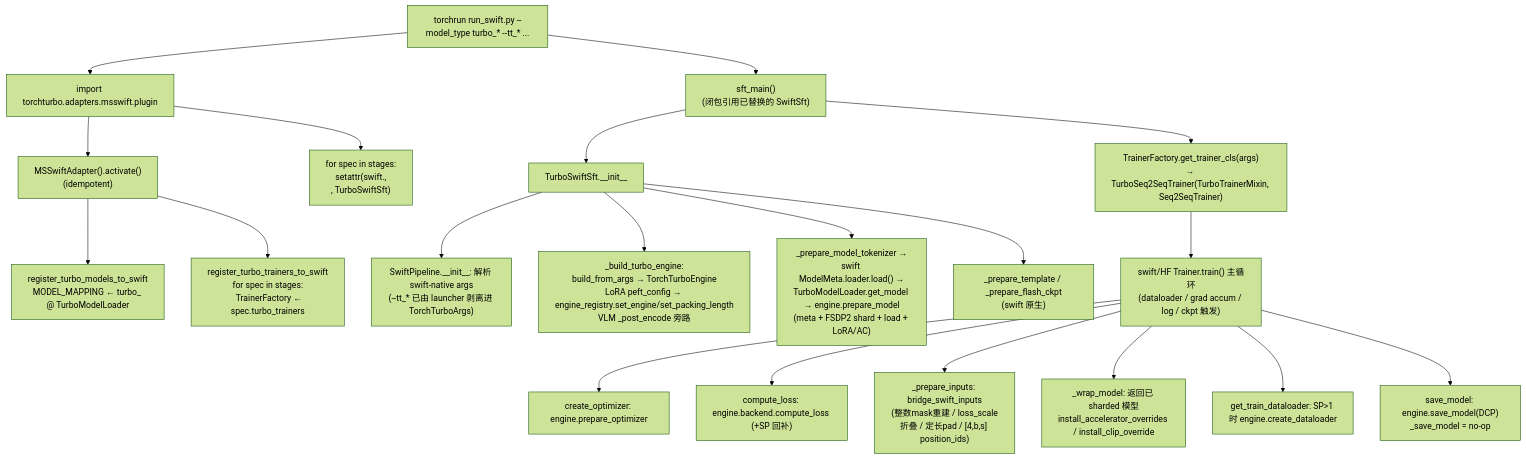
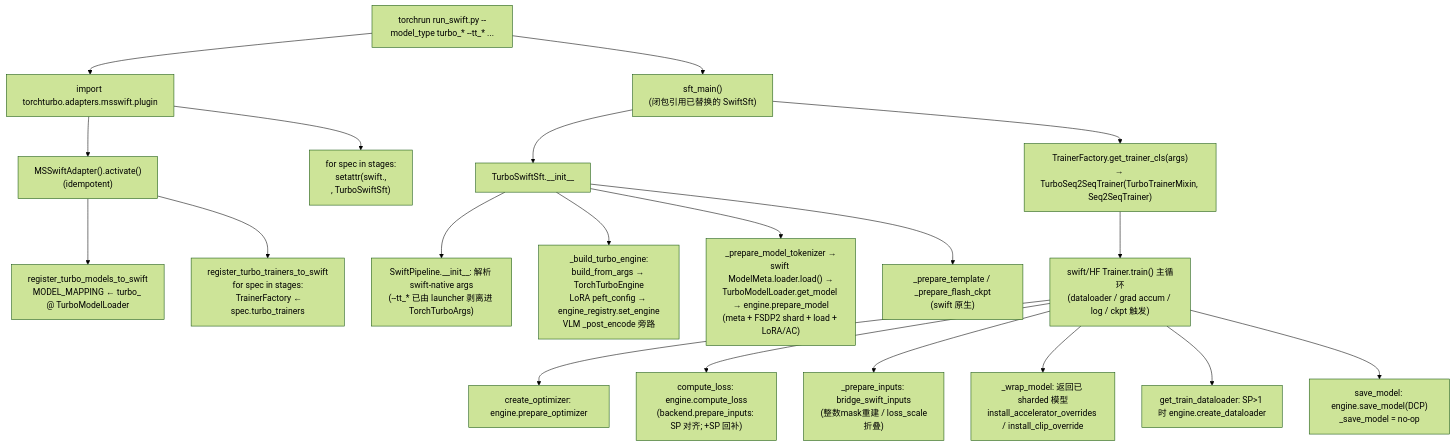
Before and after one commit to Kurumi5210/TorchTurbo: the diagram in docs/design/ms_swift_adaptor.md, drawn with Mermaid (forest theme). The commit also changed other lines of this file and 7 other files, not shown here.

First line of the commit message:
PullRequest: 282 refactor(msswift): drop fixed-length padding from swift input bridge

````diff
--- a/docs/design/ms_swift_adaptor.md
+++ b/docs/design/ms_swift_adaptor.md
@@ -59,23 +59,23 @@
 ```mermaid
 flowchart TD
     CLI["torchrun run_swift.py --model_type turbo_* --tt_* ..."]
     CLI --> Import["import torchturbo.adapters.msswift.plugin"]
     Import --> Act["MSSwiftAdapter().activate()<br/>(idempotent)"]
     Act --> RegM["register_turbo_models_to_swift<br/>MODEL_MAPPING ← turbo_<name> @ TurboModelLoader"]
     Act --> RegT["register_turbo_trainers_to_swift<br/>for spec in stages:<br/>  TrainerFactory ← spec.turbo_trainers"]
     Import --> Swap["for spec in stages:<br/>  setattr(swift.<pipeline_module>,<br/>         <pipeline_attr>, TurboSwiftSft)"]
     CLI --> Main["sft_main()<br/>(闭包引用已替换的 SwiftSft)"]
     Main --> Pipe["TurboSwiftSft.__init__"]
     Pipe --> Args["SwiftPipeline.__init__: 解析 swift-native args<br/>(--tt_* 已由 launcher 剥离进 TorchTurboArgs)"]
-    Pipe --> Eng["_build_turbo_engine:<br/>build_from_args → TorchTurboEngine<br/>LoRA peft_config → engine_registry.set_engine/set_packing_length<br/>VLM _post_encode 旁路"]
+    Pipe --> Eng["_build_turbo_engine:<br/>build_from_args → TorchTurboEngine<br/>LoRA peft_config → engine_registry.set_engine<br/>VLM _post_encode 旁路"]
     Pipe --> Prep["_prepare_model_tokenizer →<br/>swift ModelMeta.loader.load() →<br/>TurboModelLoader.get_model → engine.prepare_model<br/>(meta + FSDP2 shard + load + LoRA/AC)"]
     Pipe --> Tmpl["_prepare_template / _prepare_flash_ckpt<br/>(swift 原生)"]
     Main --> TF["TrainerFactory.get_trainer_cls(args)<br/>→ TurboSeq2SeqTrainer(TurboTrainerMixin, Seq2SeqTrainer)"]
     TF --> Loop["swift/HF Trainer.train() 主循环<br/>(dataloader / grad accum / log / ckpt 触发)"]
     Loop --> CO["create_optimizer: engine.prepare_optimizer"]
-    Loop --> CL["compute_loss: engine.backend.compute_loss (+SP 回补)"]
-    Loop --> PI["_prepare_inputs: bridge_swift_inputs<br/>(整数mask重建 / loss_scale折叠 / 定长pad / [4,b,s] position_ids)"]
+    Loop --> CL["compute_loss: engine.compute_loss<br/>(backend.prepare_inputs: SP 对齐; +SP 回补)"]
+    Loop --> PI["_prepare_inputs: bridge_swift_inputs<br/>(整数mask重建 / loss_scale折叠)"]
     Loop --> WM["_wrap_model: 返回已 sharded 模型<br/>install_accelerator_overrides / install_clip_override"]
     Loop --> DL["get_train_dataloader: SP>1 时 engine.create_dataloader"]
     Loop --> SV["save_model: engine.save_model(DCP)<br/>_save_model = no-op"]
 ```
````
